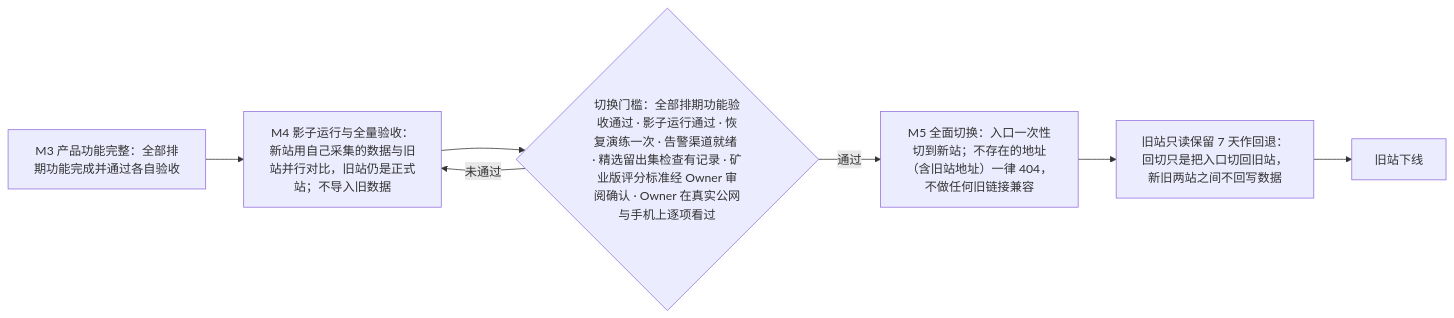
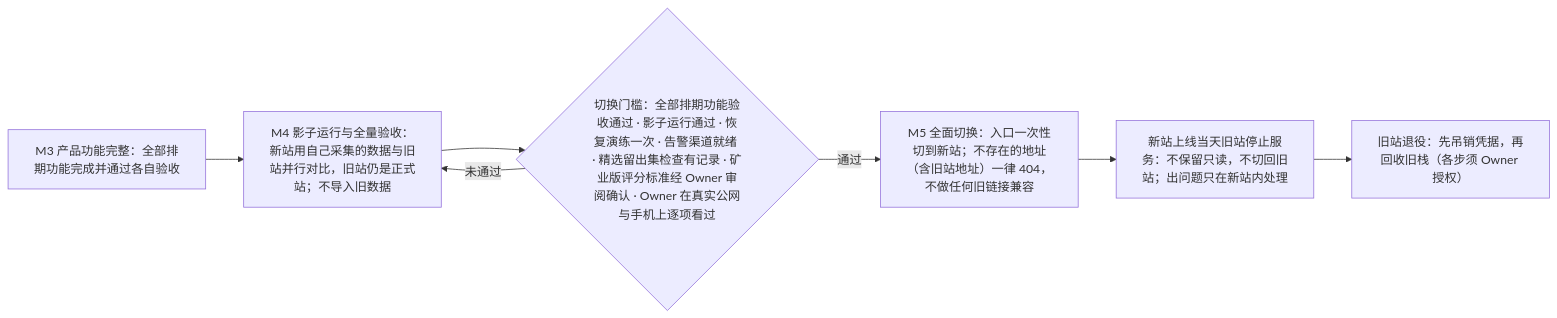
The eighth of 8 diagrams in docs/02-rules/02-core-flows.md (Crhis-CP/AI-MINE), drawn with Mermaid before and after one commit. The commit also changed other lines of this file and 25 other files, not shown here.

````diff
--- a/docs/02-rules/02-core-flows.md
+++ b/docs/02-rules/02-core-flows.md
@@ -302,9 +302,9 @@
 ```mermaid
 flowchart LR
   F["M3 产品功能完整：全部排期功能完成并通过各自验收"] --> SH["M4 影子运行与全量验收：新站用自己采集的数据与旧站并行对比，旧站仍是正式站；不导入旧数据"]
   SH --> G{"切换门槛：全部排期功能验收通过 · 影子运行通过 · 恢复演练一次 · 告警渠道就绪 · 精选留出集检查有记录 · 矿业版评分标准经 Owner 审阅确认 · Owner 在真实公网与手机上逐项看过"}
   G -->|未通过| SH
   G -->|通过| CUT["M5 全面切换：入口一次性切到新站；不存在的地址（含旧站地址）一律 404，不做任何旧链接兼容"]
-  CUT --> RO["旧站只读保留 7 天作回退：回切只是把入口切回旧站，新旧两站之间不回写数据"]
-  RO --> OFF["旧站下线"]
+  CUT --> RO["新站上线当天旧站停止服务：不保留只读，不切回旧站；出问题只在新站内处理"]
+  RO --> OFF["旧站退役：先吊销凭据，再回收旧栈（各步须 Owner 授权）"]
 ```
````
